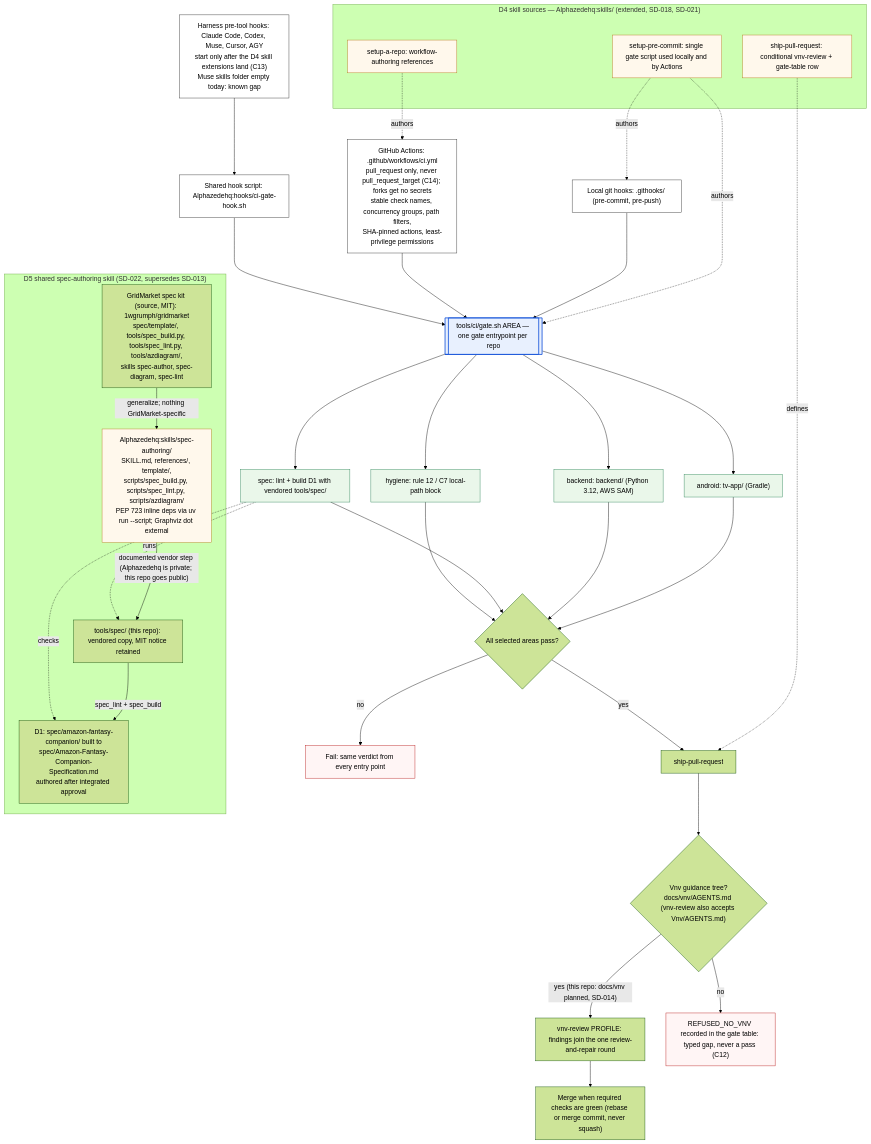
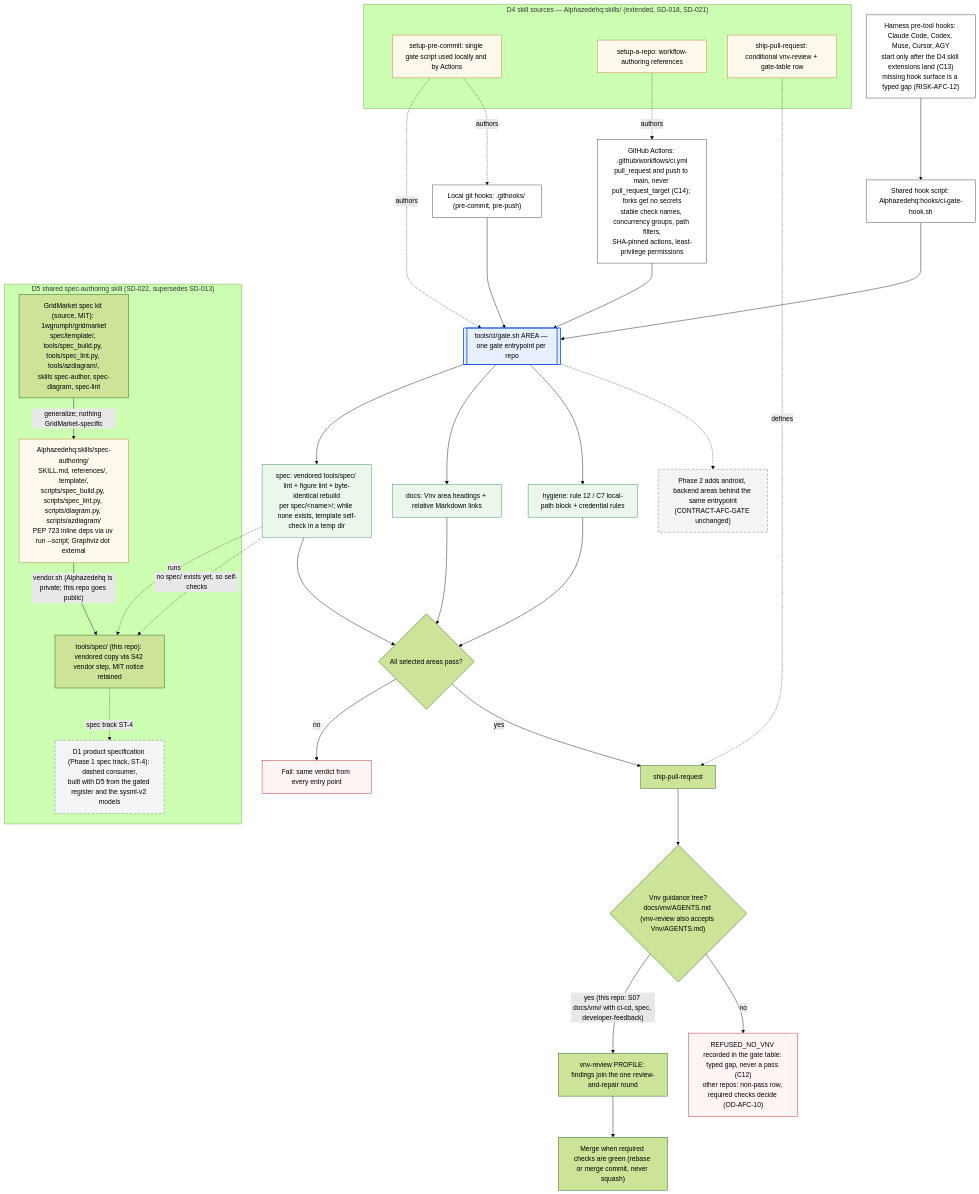
One commit to 1wgrumph/amazon-fantasy-companion changed the diagram in docs/plans/2026-10-11-amazon-fantasy-companion/views/v4-delivery-tooling.mmd. Above: the diagram before and after it, drawn with Mermaid (forest theme). The commit also changed 51 other files, not shown here.

First line of the commit message:
Regenerate planning package for owner change: spec first (Phase 1)

```diff
--- a/docs/plans/2026-10-11-amazon-fantasy-companion/views/v4-delivery-tooling.mmd
+++ b/docs/plans/2026-10-11-amazon-fantasy-companion/views/v4-delivery-tooling.mmd
@@ -1,68 +1,71 @@
-%% MODEL-AFC-V4 — Delivery tooling flow: D4 shared CI/CD gate and D5 shared spec-authoring skill
+%% MODEL-AFC-V4 — Phase 1 delivery tooling flow: D4 shared CI/CD gate and D5 shared spec-authoring skill
 %% mode: diagram-assisted; explanatory only; sysml_claim: false
 %% Planned design (Planning and Design node); nothing here is realized yet.
 %% Paths prefixed "Alphazedehq:" live in the private alphazede/Alphazedehq repo; all others are in this repo.
 flowchart TB
   subgraph d4src["D4 skill sources — Alphazedehq:skills/ (extended, SD-018, SD-021)"]
     SPC["setup-pre-commit: single gate script used locally and by Actions"]
     SAR["setup-a-repo: workflow-authoring references"]
     SPRS["ship-pull-request: conditional vnv-review + gate-table row"]
   end
 
   GH["Local git hooks: .githooks/ (pre-commit, pre-push)"]
-  GA["GitHub Actions: .github/workflows/ci.yml<br/>pull_request only, never pull_request_target (C14); forks get no secrets<br/>stable check names, concurrency groups, path filters,<br/>SHA-pinned actions, least-privilege permissions"]
-  HH["Harness pre-tool hooks: Claude Code, Codex, Muse, Cursor, AGY<br/>start only after the D4 skill extensions land (C13)<br/>Muse skills folder empty today: known gap"]
+  GA["GitHub Actions: .github/workflows/ci.yml<br/>pull_request and push to main, never pull_request_target (C14); forks get no secrets<br/>stable check names, concurrency groups, path filters,<br/>SHA-pinned actions, least-privilege permissions"]
+  HH["Harness pre-tool hooks: Claude Code, Codex, Muse, Cursor, AGY<br/>start only after the D4 skill extensions land (C13)<br/>missing hook surface is a typed gap (RISK-AFC-12)"]
   SH["Shared hook script: Alphazedehq:hooks/ci-gate-hook.sh"]
 
   SPC -.->|authors| GATE
   SPC -.->|authors| GH
   SAR -.->|authors| GA
   SPRS -.->|defines| SPR
 
   GATE[["tools/ci/gate.sh AREA — one gate entrypoint per repo"]]
-  A1["android: tv-app/ (Gradle)"]
-  A2["backend: backend/ (Python 3.12, AWS SAM)"]
-  A3["spec: lint + build D1 with vendored tools/spec/"]
-  A4["hygiene: rule 12 / C7 local-path block"]
+  A3["spec: vendored tools/spec/ lint + figure lint + byte-identical rebuild<br/>per spec/&lt;name&gt;/; while none exists, template self-check in a temp dir"]
+  A5["docs: Vnv area headings + relative Markdown links"]
+  A4["hygiene: rule 12 / C7 local-path block + credential rules"]
+  NOTE["Phase 2 adds android, backend areas behind the same entrypoint<br/>(CONTRACT-AFC-GATE unchanged)"]
   RES{"All selected areas pass?"}
   FAIL["Fail: same verdict from every entry point"]
 
   SPR["ship-pull-request"]
   VNV{"Vnv guidance tree?<br/>docs/vnv/AGENTS.md (vnv-review also accepts Vnv/AGENTS.md)"}
   REV["vnv-review PROFILE: findings join the one review-and-repair round"]
-  REF["REFUSED_NO_VNV recorded in the gate table: typed gap, never a pass (C12)"]
+  REF["REFUSED_NO_VNV recorded in the gate table: typed gap, never a pass (C12)<br/>other repos: non-pass row, required checks decide (OD-AFC-10)"]
   MERGE["Merge when required checks are green (rebase or merge commit, never squash)"]
 
   GH --> GATE
   GA --> GATE
   HH --> SH --> GATE
-  GATE --> A1 & A2 & A3 & A4 --> RES
+  GATE --> A3 & A5 & A4 --> RES
+  GATE -.-> NOTE
   RES -->|no| FAIL
   RES -->|yes| SPR
   SPR --> VNV
-  VNV -->|"yes (this repo: docs/vnv planned, SD-014)"| REV --> MERGE
+  VNV -->|"yes (this repo: S07 docs/vnv/ with ci-cd, spec, developer-feedback)"| REV --> MERGE
   VNV -->|no| REF
 
   subgraph d5["D5 shared spec-authoring skill (SD-022, supersedes SD-013)"]
     GM["GridMarket spec kit (source, MIT): 1wgrumph/gridmarket<br/>spec/template/, tools/spec_build.py, tools/spec_lint.py, tools/azdiagram/,<br/>skills spec-author, spec-diagram, spec-lint"]
-    SA["Alphazedehq:skills/spec-authoring/<br/>SKILL.md, references/, template/,<br/>scripts/spec_build.py, scripts/spec_lint.py, scripts/azdiagram/<br/>PEP 723 inline deps via uv run --script; Graphviz dot external"]
-    VEN["tools/spec/ (this repo): vendored copy, MIT notice retained"]
-    D1["D1: spec/amazon-fantasy-companion/ built to<br/>spec/Amazon-Fantasy-Companion-Specification.md<br/>authored after integrated approval"]
+    SA["Alphazedehq:skills/spec-authoring/<br/>SKILL.md, references/, template/,<br/>scripts/spec_build.py, scripts/spec_lint.py, scripts/diagram.py, scripts/azdiagram/<br/>PEP 723 inline deps via uv run --script; Graphviz dot external"]
+    VEN["tools/spec/ (this repo): vendored copy via S42 vendor step, MIT notice retained"]
+    D1["D1 product specification (Phase 1 spec track, ST-4): dashed consumer,<br/>built with D5 from the gated register and the sysml-v2 models"]
     GM -->|"generalize; nothing GridMarket-specific"| SA
-    SA -->|"documented vendor step (Alphazedehq is private; this repo goes public)"| VEN
-    VEN -->|"spec_lint + spec_build"| D1
+    SA -->|"vendor.sh (Alphazedehq is private; this repo goes public)"| VEN
+    VEN -.->|"spec track ST-4"| D1
   end
 
   A3 -.->|runs| VEN
-  A3 -.->|checks| D1
+  A3 -.->|no spec/ exists yet, so self-checks| VEN
 
   classDef entry fill:#ffffff,stroke:#333333
   classDef gate fill:#e8f0fe,stroke:#1a56db,stroke-width:2px
   classDef area fill:#eaf7ea,stroke:#2f855a
   classDef gap fill:#fff5f5,stroke:#b91c1c
   classDef skill fill:#fff8ec,stroke:#b7791f
+  classDef future fill:#f3f4f6,stroke:#6b7280,stroke-dasharray:6 4
   class GH,GA,HH,SH entry
   class GATE gate
-  class A1,A2,A3,A4 area
+  class A3,A5,A4 area
   class REF,FAIL gap
   class SPC,SAR,SPRS,SA skill
+  class NOTE,D1 future
```
